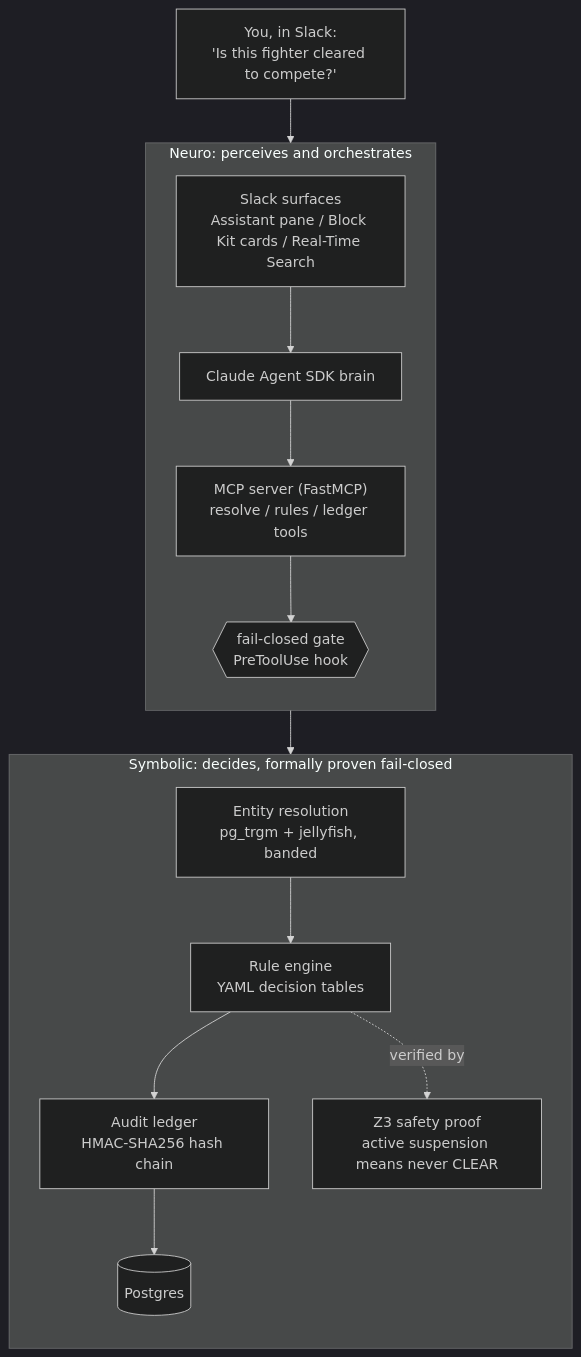
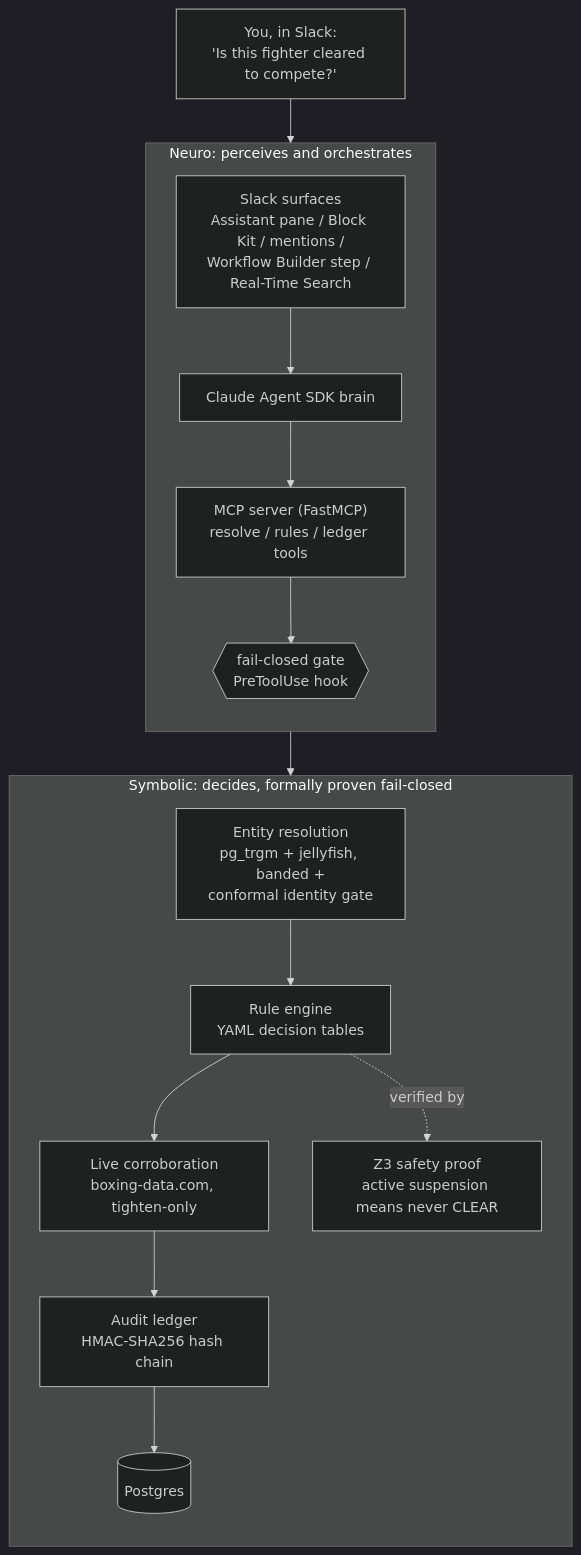
The diagram in docs/architecture.md (StephenSook/cornercheck), drawn with Mermaid (dark theme) before and after one commit. The commit also changed other lines of this file and 31 other files, not shown here.

````diff
--- a/docs/architecture.md
+++ b/docs/architecture.md
@@ -8,27 +8,28 @@
 ```mermaid
 flowchart TD
     U["You, in Slack:<br/>'Is this fighter cleared to compete?'"]
 
     subgraph NEURO["Neuro: perceives and orchestrates"]
       direction TB
-      S["Slack surfaces<br/>Assistant pane / Block Kit cards / Real-Time Search"]
+      S["Slack surfaces<br/>Assistant pane / Block Kit / mentions /<br/>Workflow Builder step / Real-Time Search"]
       A["Claude Agent SDK brain"]
       M["MCP server (FastMCP)<br/>resolve / rules / ledger tools"]
       G{{"fail-closed gate<br/>PreToolUse hook"}}
       S --> A --> M --> G
     end
 
     subgraph SYM["Symbolic: decides, formally proven fail-closed"]
       direction TB
-      ER["Entity resolution<br/>pg_trgm + jellyfish, banded"]
+      ER["Entity resolution<br/>pg_trgm + jellyfish, banded +<br/>conformal identity gate"]
       RE["Rule engine<br/>YAML decision tables"]
+      CORR["Live corroboration<br/>boxing-data.com, tighten-only"]
       Z["Z3 safety proof<br/>active suspension means never CLEAR"]
       L["Audit ledger<br/>HMAC-SHA256 hash chain"]
       DB[("Postgres")]
-      ER --> RE --> L --> DB
+      ER --> RE --> CORR --> L --> DB
       RE -. verified by .-> Z
     end
 
     U --> S
     G --> ER
 ```
````
